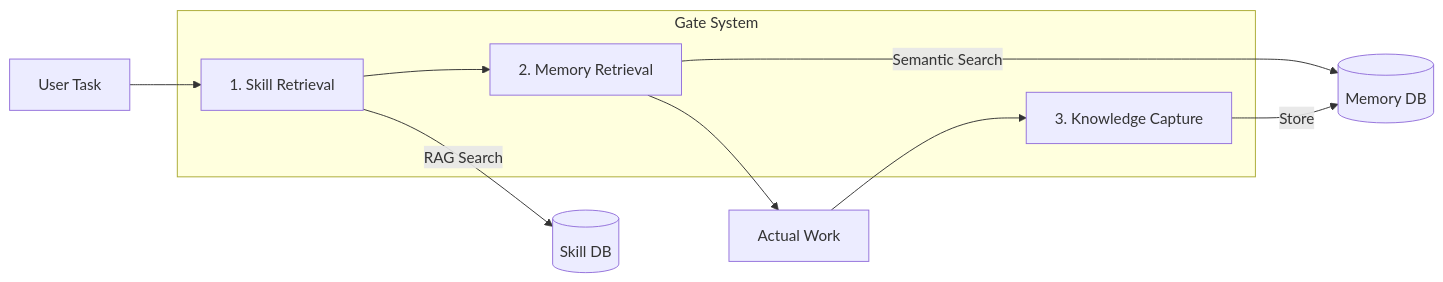
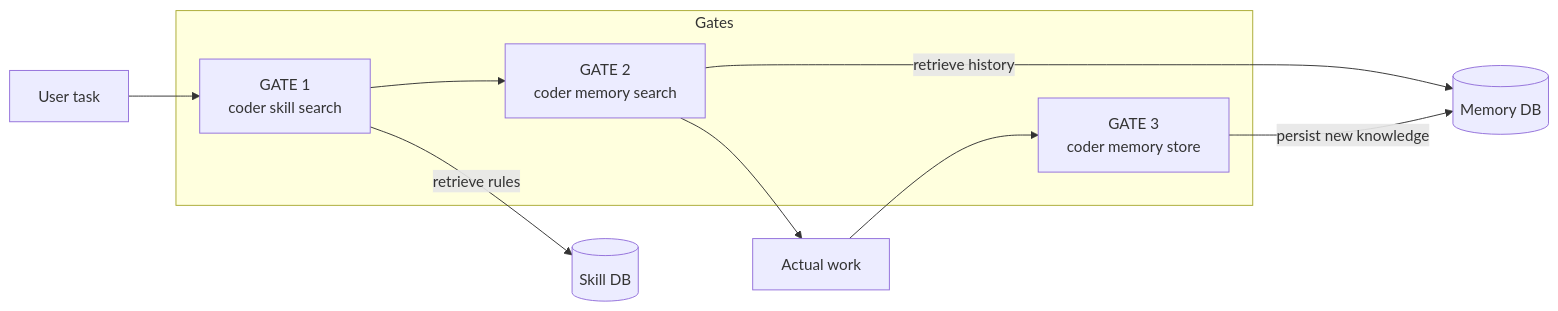
The third of 3 diagrams in docs/architecture.md (hiimtrung/coder), drawn with Mermaid before and after one commit. The commit also changed other lines of this file and 15 other files, not shown here.

````diff
--- a/docs/architecture.md
+++ b/docs/architecture.md
@@ -119,16 +187,17 @@
 ```mermaid
 graph LR
-    subgraph "Gate System"
-        G1[1. Skill Retrieval]
-        G2[2. Memory Retrieval]
-        G3[3. Knowledge Capture]
+    T[User task] --> G1
+
+    subgraph Gates
+        G1["GATE 1\ncoder skill search"]
+        G2["GATE 2\ncoder memory search"]
+        G3["GATE 3\ncoder memory store"]
     end
 
-    Task[User Task] --> G1
-    G1 -->|RAG Search| DB[(Skill DB)]
+    G1 -->|retrieve rules| SK[(Skill DB)]
     G1 --> G2
-    G2 -->|Semantic Search| Mem[(Memory DB)]
-    G2 --> Work[Actual Work]
-    Work --> G3
-    G3 -->|Store| Mem
+    G2 -->|retrieve history| MEM[(Memory DB)]
+    G2 --> WORK[Actual work]
+    WORK --> G3
+    G3 -->|persist new knowledge| MEM
 ```
````
